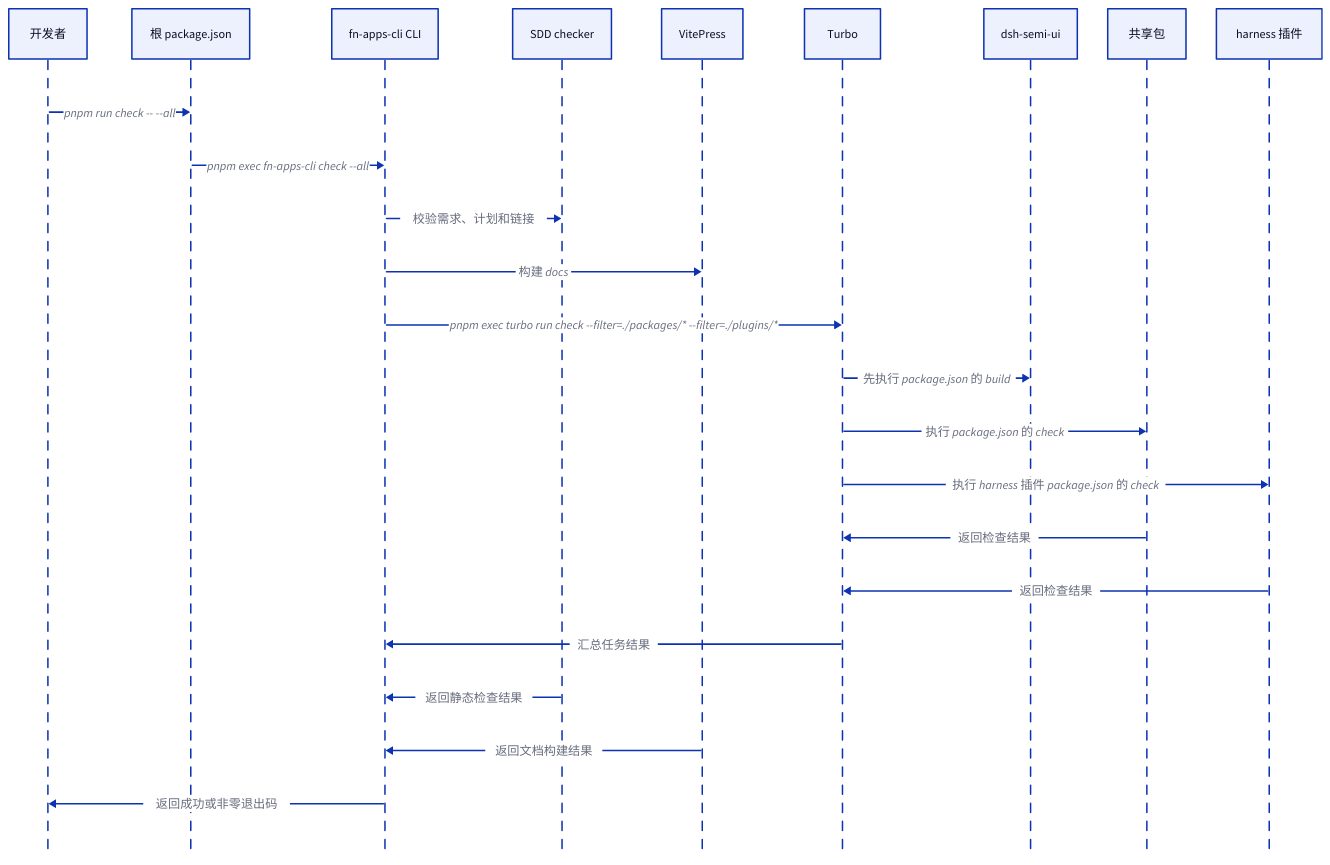
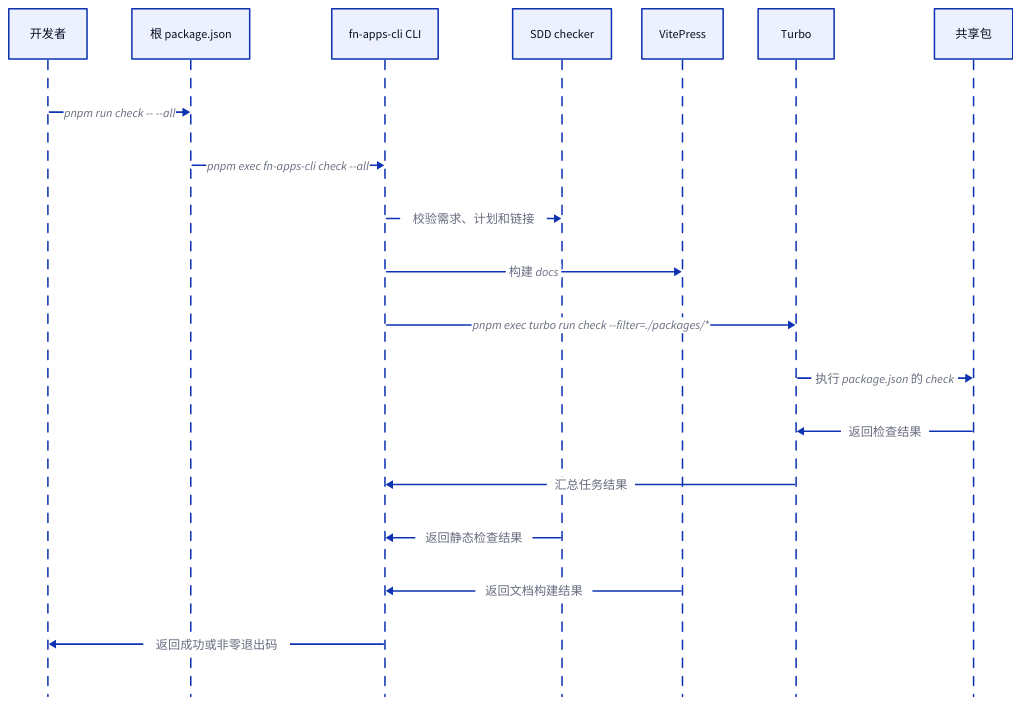
One commit to tnnevol/fn-os-apps changed the tenth of 12 diagrams in docs/development/package-tasks-and-turbo.md. Above: the diagram before and after it, drawn with D2. The commit also changed other lines of this file and 504 other files, not shown here.

First line of the commit message:
refactor(dsh): drop DeepSeek Harness app, plugins and docs

````diff
--- a/docs/development/package-tasks-and-turbo.md
+++ b/docs/development/package-tasks-and-turbo.md
@@ -421,27 +340,22 @@
 ```d2
 developer: 开发者
 root: 根 package.json
 cli: fn-apps-cli CLI
 checker: SDD checker
 vitepress: VitePress
 turbo: Turbo
-semi: dsh-semi-ui
 packages: 共享包
-plugins: harness 插件
 
 shape: sequence_diagram
 developer -> root: pnpm run check -- --all
 root -> cli: pnpm exec fn-apps-cli check --all
 cli -> checker: 校验需求、计划和链接
 cli -> vitepress: 构建 docs
-cli -> turbo: pnpm exec turbo run check --filter=./packages/* --filter=./plugins/*
-turbo -> semi: 先执行 package.json 的 build
+cli -> turbo: pnpm exec turbo run check --filter=./packages/*
 turbo -> packages: 执行 package.json 的 check
-turbo -> plugins: 执行 harness 插件 package.json 的 check
 packages -> turbo: 返回检查结果
-plugins -> turbo: 返回检查结果
 turbo -> cli: 汇总任务结果
 checker -> cli: 返回静态检查结果
 vitepress -> cli: 返回文档构建结果
 cli -> developer: 返回成功或非零退出码
 ```
````
